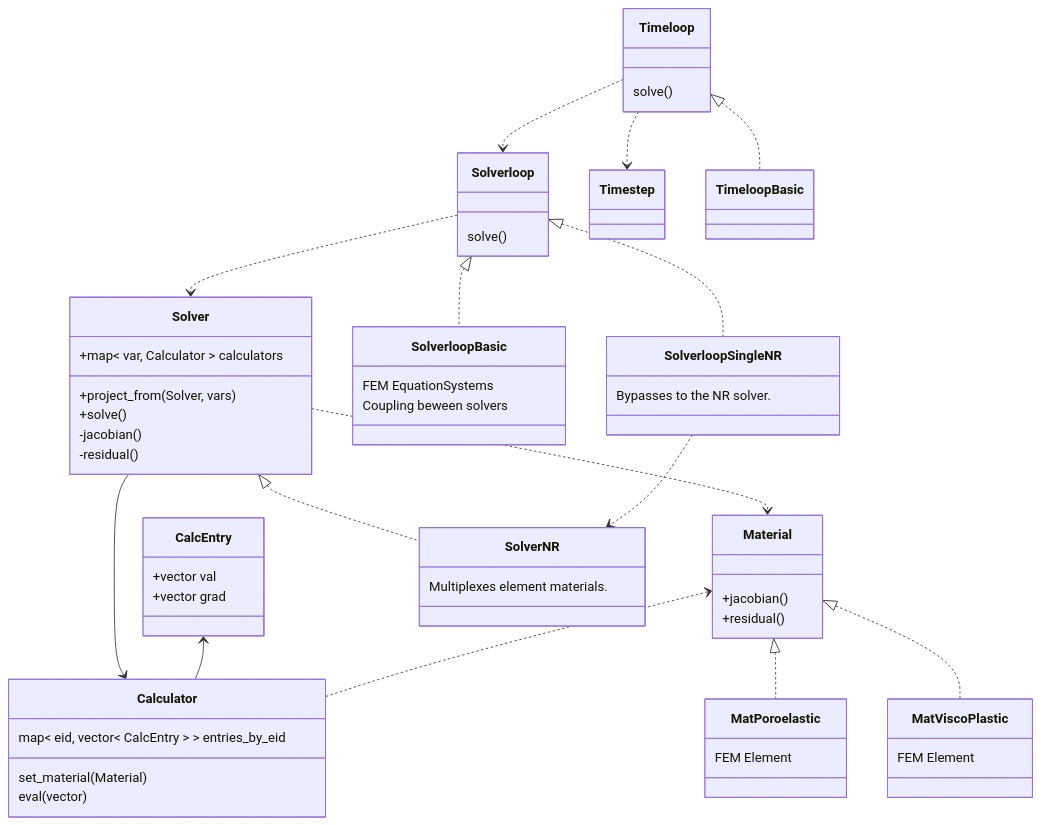
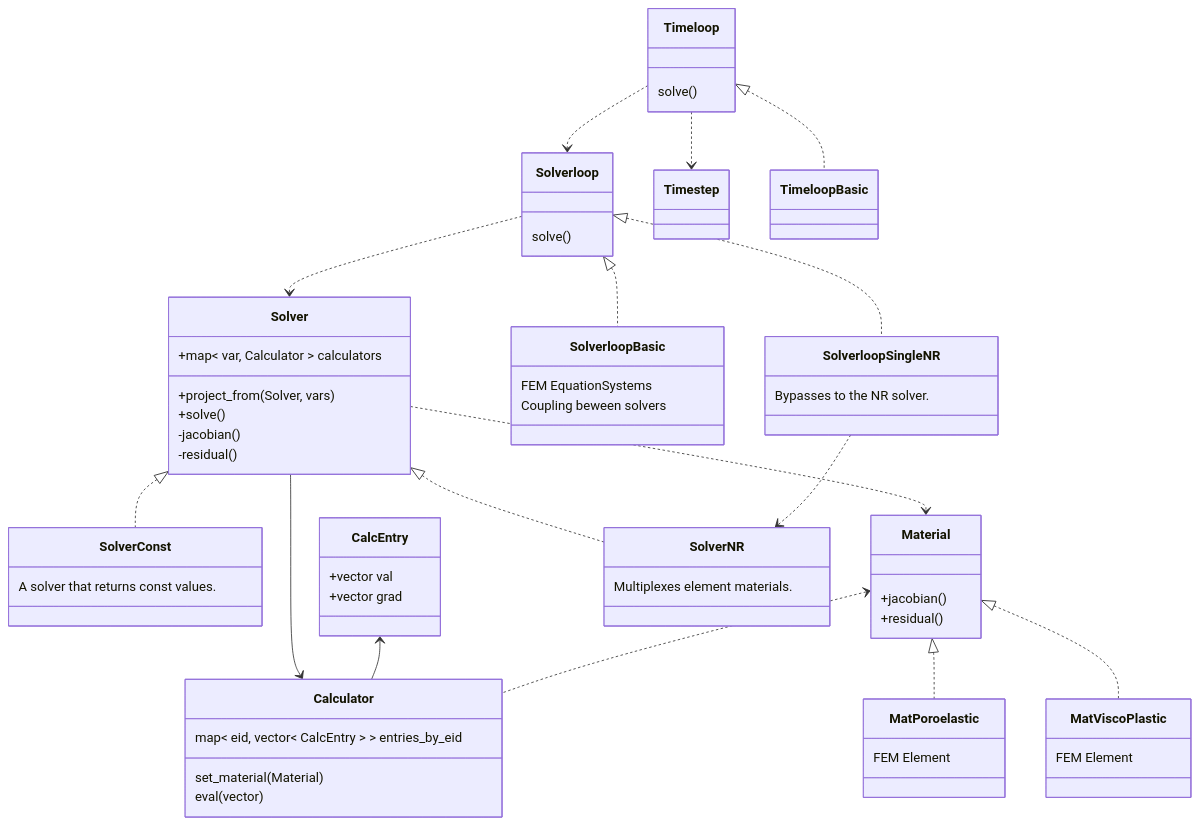
One commit to rebpoli/harpy changed the diagram in include/README.md. Above: the diagram before and after it, drawn with Mermaid. The commit also changed other lines of this file, not shown here.

```diff
--- a/include/README.md
+++ b/include/README.md
@@ -29,6 +29,9 @@
         +solve()
         -jacobian()
         -residual()
+    }
+    class SolverConst {
+        A solver that returns const values.
     }
 
 
@@ -79,6 +82,7 @@
     Material <|.. MatViscoPlastic
     Solverloop <|.. SolverloopSingleNR
     Solver <|.. SolverNR
+    Solver <|.. SolverConst
 
     Solverloop ..> Solver
     Solver..> Material
```
